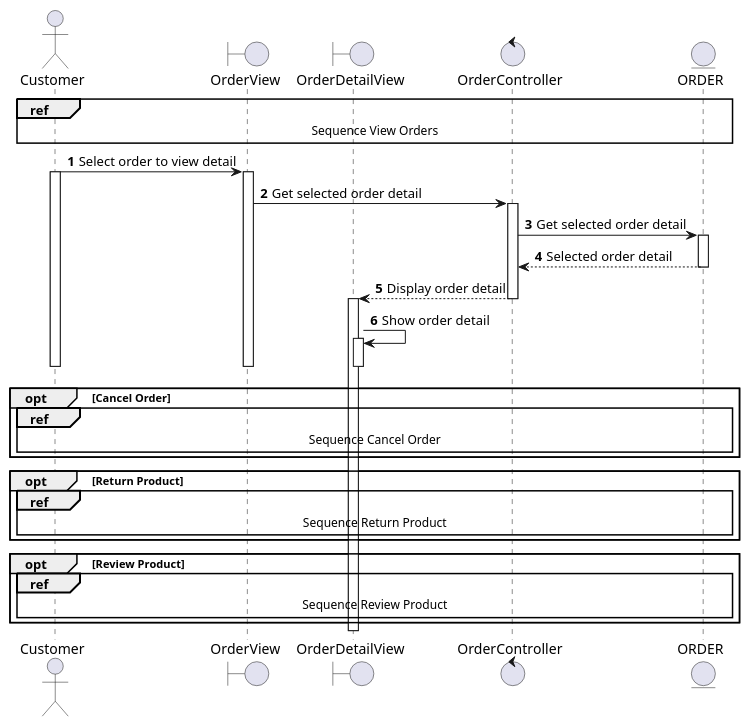
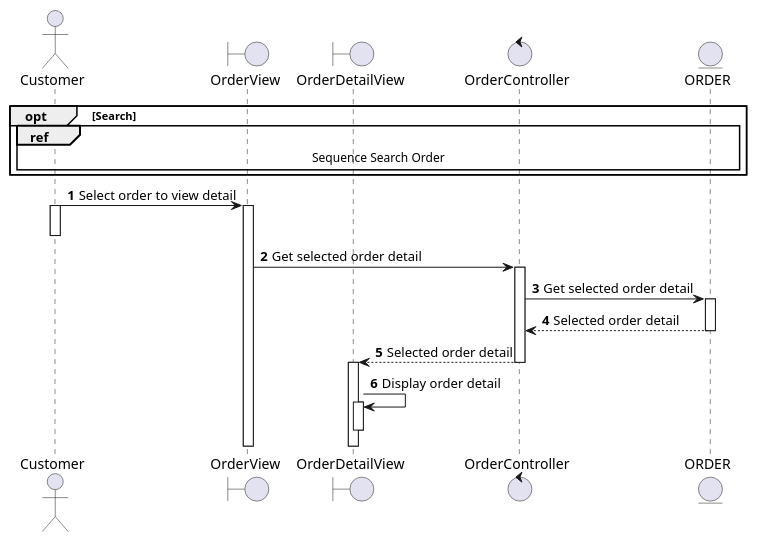
One commit to electricilies/electricilies.github.io changed the diagram in docs/docs/sequence/view-order/view-order-detail.md. Above: the diagram before and after it, drawn with PlantUML. The commit also changed 20 other files, not shown here.

````diff
--- a/docs/docs/sequence/view-order/view-order-detail.md
+++ b/docs/docs/sequence/view-order/view-order-detail.md
@@ -3,43 +3,32 @@
 ```plantuml
 @startuml
 autonumber
 
 actor Customer as C
 boundary OrderView as OV
 boundary OrderDetailView as ODV
 control OrderController as OC
 entity ORDER as O
 
-ref over C, O: Sequence View Orders
+opt Search
+  ref over C, O: Sequence Search Order
+end
 C -> OV: Select order to view detail
 activate C
 activate OV
+deactivate C
 OV -> OC: Get selected order detail
 activate OC
 OC -> O: Get selected order detail
 activate O
 OC <-- O: Selected order detail
 deactivate O
-ODV <-- OC: Display order detail
+ODV <-- OC: Selected order detail
 deactivate OC
 activate ODV
-ODV -> ODV: Show order detail
+ODV -> ODV: Display order detail
 activate ODV
 deactivate ODV
-deactivate OV
-deactivate C
-
-opt Cancel Order
-  ref over C, O: Sequence Cancel Order
-end
-
-opt Return Product
-  ref over C, O: Sequence Return Product
-end
-
-opt Review Product
-  ref over C, O: Sequence Review Product
-end
 
 @enduml
 ```
````
